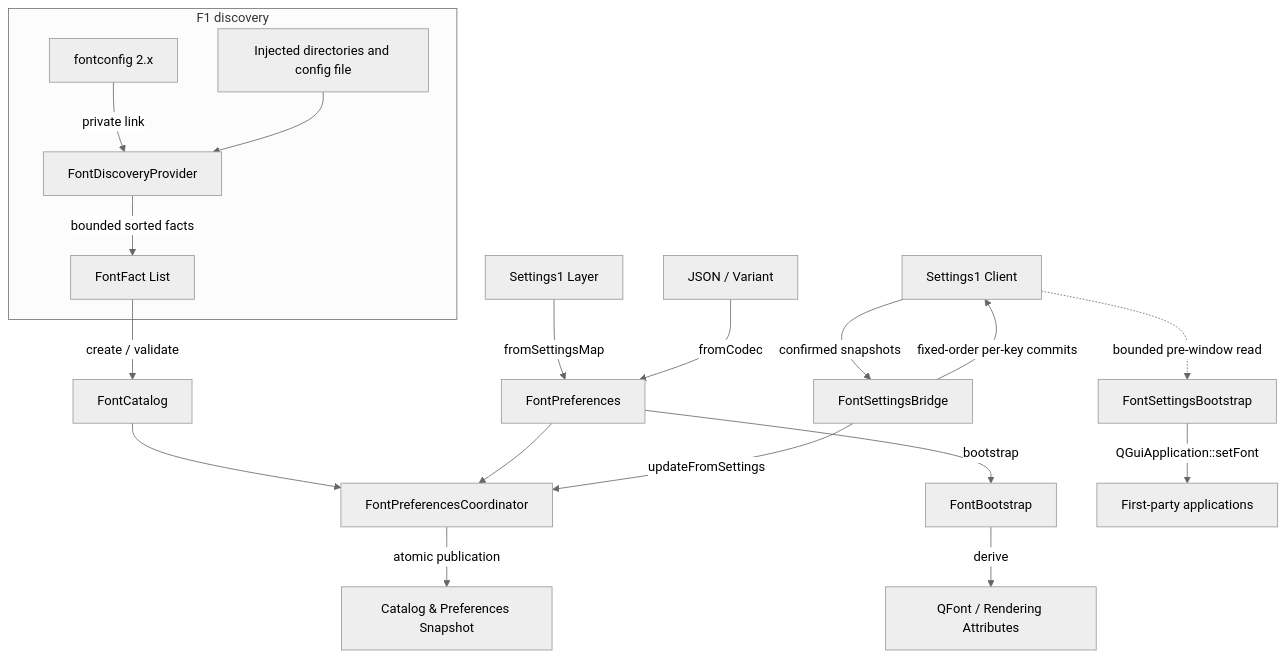
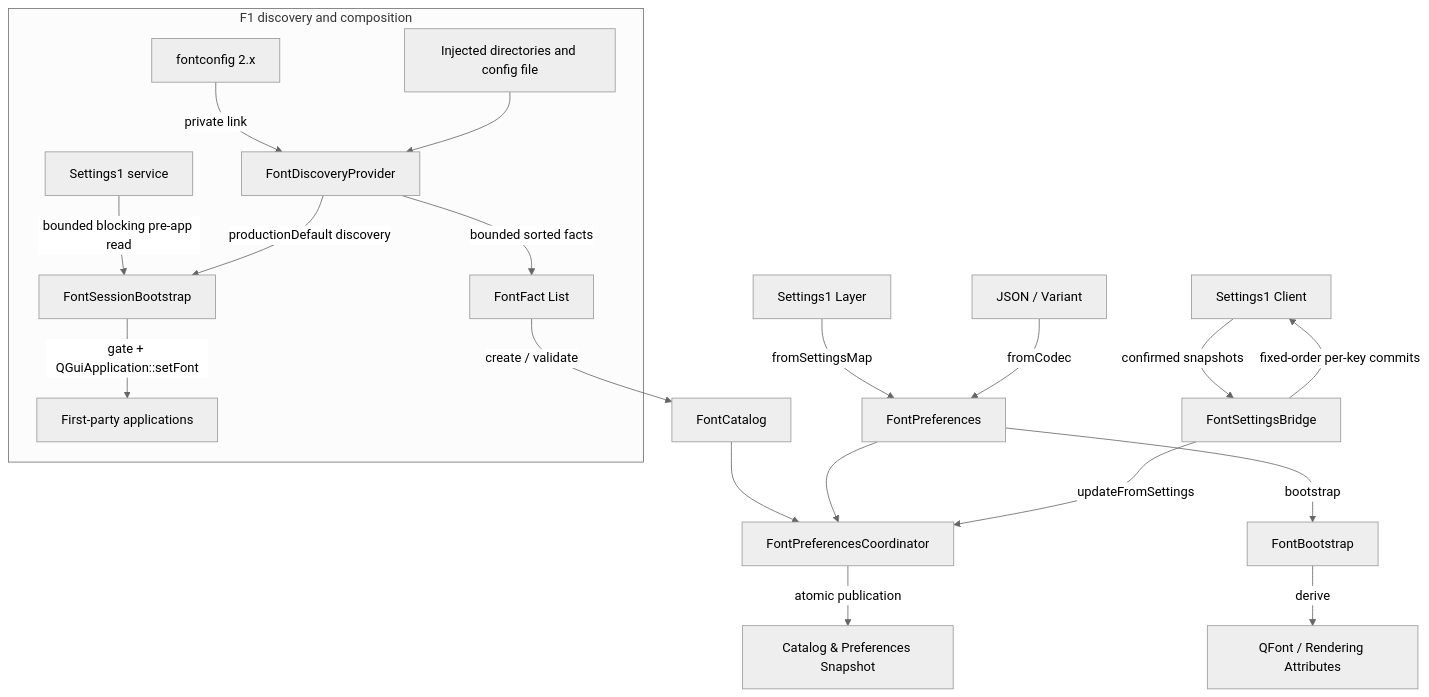
Before and after one commit to Es00bac/QindaQt: the diagram in docs/wiki/architecture/font-preferences.md, drawn with Mermaid (neutral theme). The commit also changed other lines of this file and 42 other files, not shown here.

Commit message:
Preserve in-progress font-discovery-f1 work after the Kimi usage limit

````diff
--- a/docs/wiki/architecture/font-preferences.md
+++ b/docs/wiki/architecture/font-preferences.md
@@ -12,21 +12,22 @@
 ```mermaid
 graph TD
-    subgraph F1 discovery
+    subgraph F1 discovery and composition
         FC5[fontconfig 2.x] -->|private link| FDP[FontDiscoveryProvider]
         REQ[Injected directories and config file] --> FDP
         FDP -->|bounded sorted facts| FF[FontFact List]
+        S1[Settings1 service] -->|bounded blocking pre-app read| FSB[FontSessionBootstrap]
+        FDP -->|productionDefault discovery| FSB
+        FSB -->|gate + QGuiApplication::setFont| APPS[First-party applications]
     end
     FF[FontFact List] -->|create / validate| FC[FontCatalog]
     Settings[Settings1 Layer] -->|fromSettingsMap| FP[FontPreferences]
     JSON[JSON / Variant] -->|fromCodec| FP
     FC --> FPC[FontPreferencesCoordinator]
     FP --> FPC
     FPC -->|atomic publication| Snapshot[Catalog & Preferences Snapshot]
-    SC[Settings1 Client] -->|confirmed snapshots| FSB[FontSettingsBridge]
-    FSB -->|updateFromSettings| FPC
-    FSB -->|fixed-order per-key commits| SC
+    SC[Settings1 Client] -->|confirmed snapshots| FSB2[FontSettingsBridge]
+    FSB2 -->|updateFromSettings| FPC
+    FSB2 -->|fixed-order per-key commits| SC
     FP -->|bootstrap| FB[FontBootstrap]
     FB -->|derive| QF[QFont / Rendering Attributes]
-    SC -.->|bounded pre-window read| FBOOT[FontSettingsBootstrap]
-    FBOOT -->|QGuiApplication::setFont| Apps[First-party applications]
 ```
````
